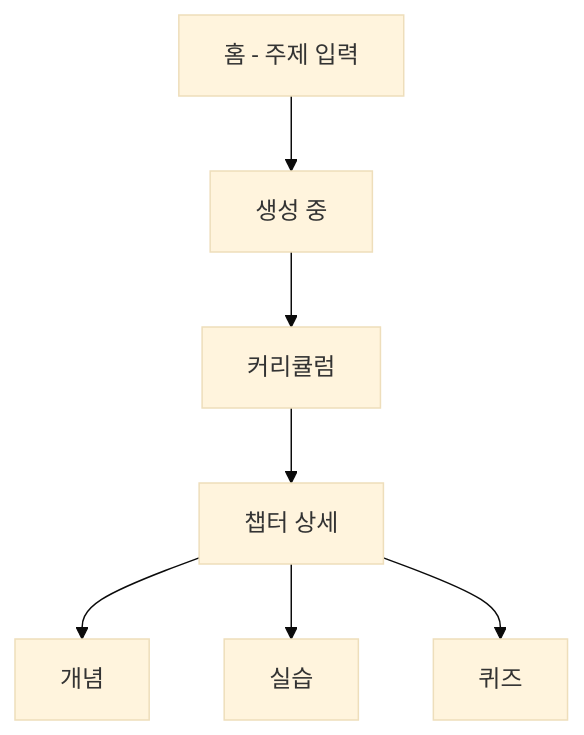
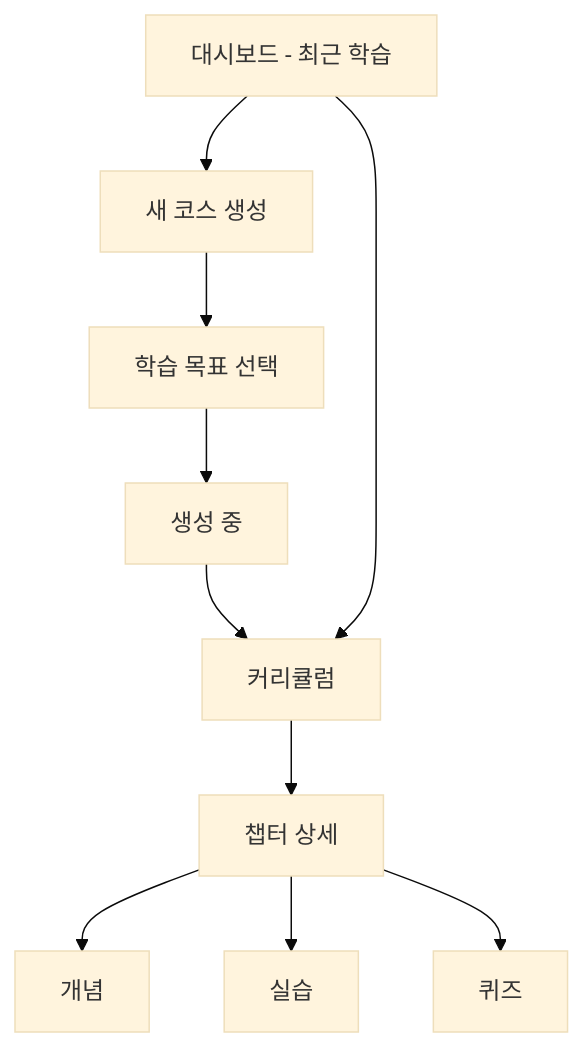
The diagram in plans/pop_pins_ii_wireframe.md (I-nkamanda/poppins), drawn with Mermaid (base theme) before and after one commit. The commit also changed other lines of this file and 40 other files, not shown here.

````diff
--- a/plans/pop_pins_ii_wireframe.md
+++ b/plans/pop_pins_ii_wireframe.md
@@ -15,9 +25,12 @@
 ```mermaid
 graph TD
-    Home[홈 - 주제 입력] --> Loading[생성 중]
+    Dashboard[대시보드 - 최근 학습] --> NewCourse[새 코스 생성]
+    NewCourse --> Objectives[학습 목표 선택]
+    Objectives --> Loading[생성 중]
     Loading --> Course[커리큘럼]
+    Dashboard --> Course
     Course --> Chapter[챕터 상세]
     Chapter --> Concept[개념]
     Chapter --> Exercise[실습]
     Chapter --> Quiz[퀴즈]
 ```
````
